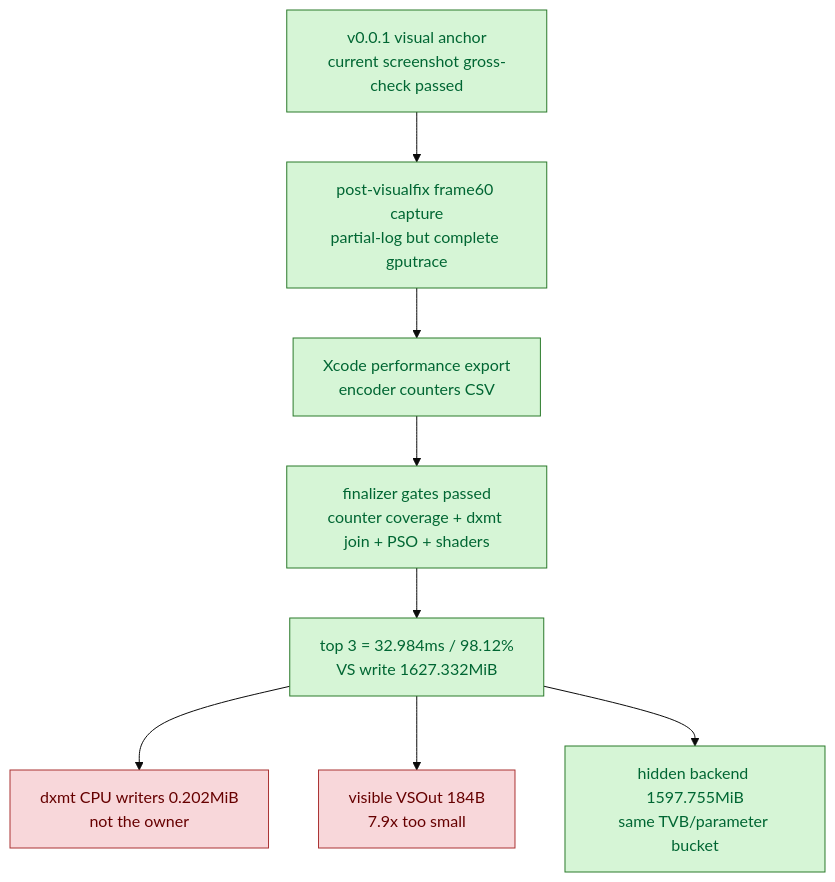
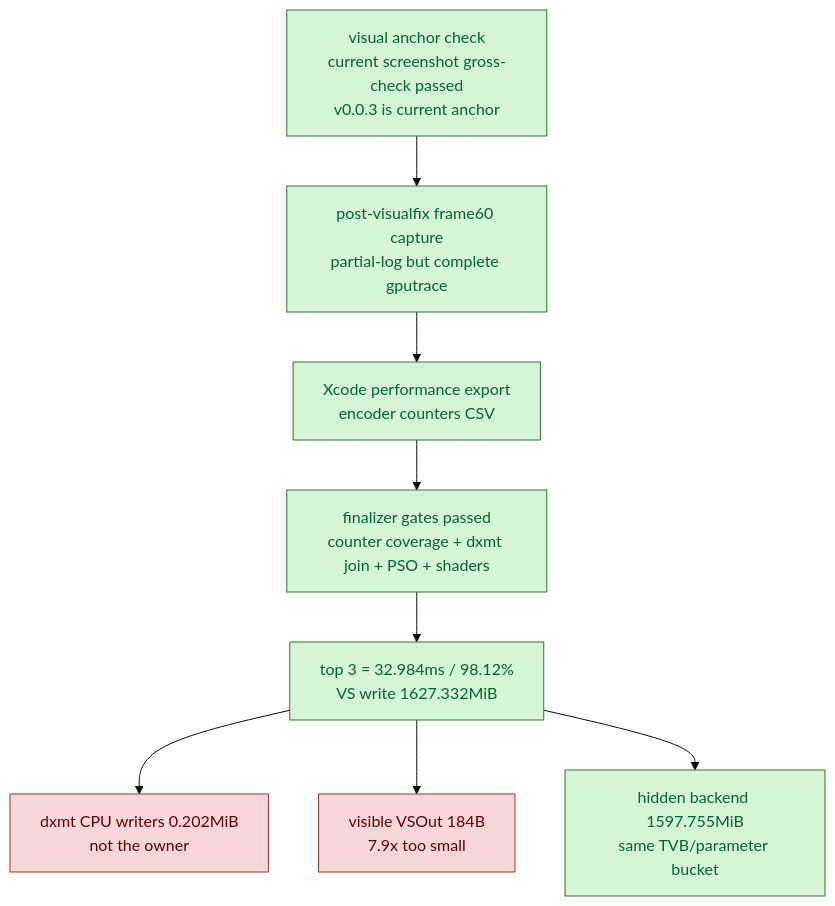
The diagram in docs/perfomance/baselines/baselines-frame60.02.md (dfdgsdfg/dxmt9), drawn with Mermaid (base theme) before and after one commit. The commit also changed other lines of this file and 127 other files, not shown here.

````diff
--- a/docs/perfomance/baselines/baselines-frame60.02.md
+++ b/docs/perfomance/baselines/baselines-frame60.02.md
@@ -84,16 +85,16 @@
 ```mermaid
 flowchart TD
-  Visual["v0.0.1 visual anchor\ncurrent screenshot gross-check passed"] --> Run["post-visualfix frame60 capture\npartial-log but complete gputrace"]
+  Visual["visual anchor check\ncurrent screenshot gross-check passed\nv0.0.3 is current anchor"] --> Run["post-visualfix frame60 capture\npartial-log but complete gputrace"]
   Run --> Xcode["Xcode performance export\nencoder counters CSV"]
   Xcode --> Finalizer["finalizer gates passed\ncounter coverage + dxmt join + PSO + shaders"]
   Finalizer --> Hot["top 3 = 32.984ms / 98.12%\nVS write 1627.332MiB"]
   Hot --> RejectCPU["dxmt CPU writers 0.202MiB\nnot the owner"]
   Hot --> RejectVSOut["visible VSOut 184B\n7.9x too small"]
   Hot --> AcceptHidden["hidden backend 1597.755MiB\nsame TVB/parameter bucket"]
 
   classDef accepted fill:#d6f5d6,stroke:#2b7a2b,color:#063
   classDef rejected fill:#f8d7da,stroke:#a33,color:#600
   classDef open fill:#fff3cd,stroke:#a80,color:#640
   class Visual,Run,Xcode,Finalizer,Hot,AcceptHidden accepted
   class RejectCPU,RejectVSOut rejected
 ```
````
